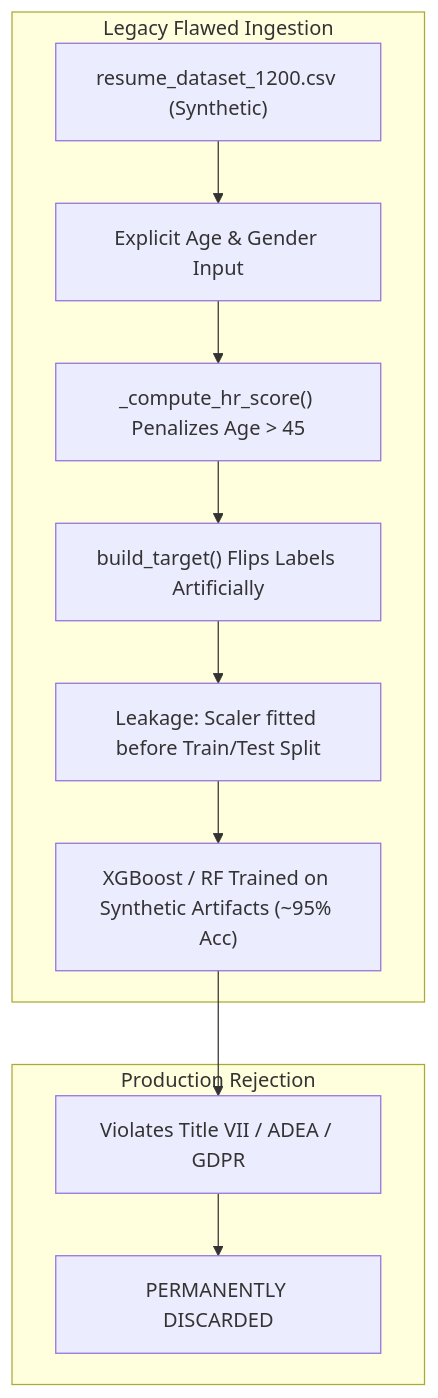
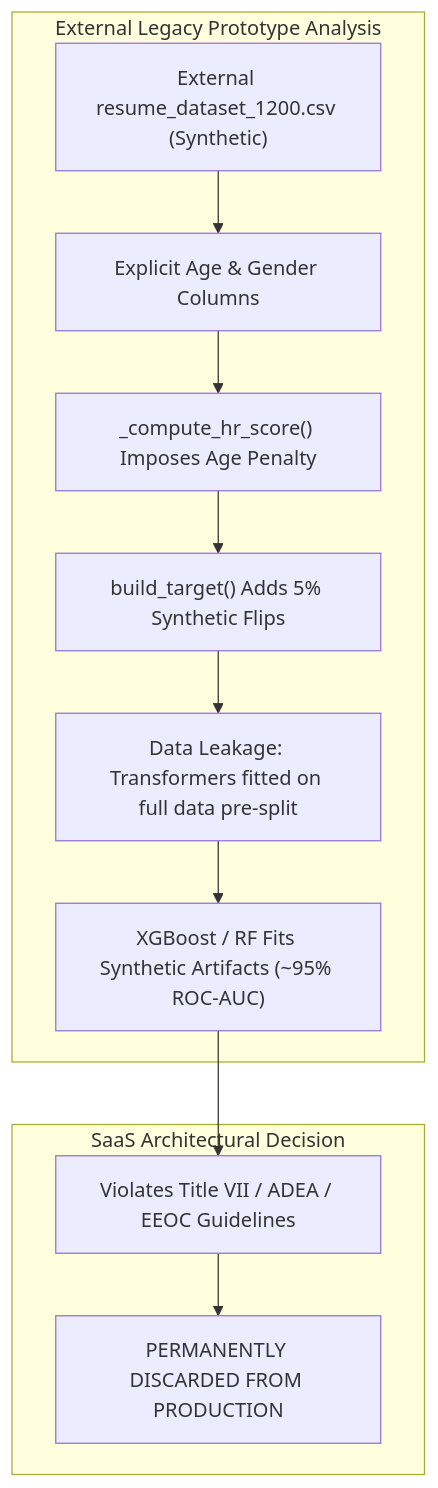
Before and after one commit to bhargavreddy03/AI_HR-version-2.0-: the first of 4 diagrams in docs/implementation/STEP_3_9_LEGACY_INTEGRATION_PREPARATION.md, drawn with Mermaid. The commit also changed other lines of this file, not shown here.

Commit message:
docs(step-3.9): correct legacy integration preparation document per review findings

````diff
--- a/docs/implementation/STEP_3_9_LEGACY_INTEGRATION_PREPARATION.md
+++ b/docs/implementation/STEP_3_9_LEGACY_INTEGRATION_PREPARATION.md
@@ -44,14 +58,14 @@
 ```mermaid
 flowchart TD
-    subgraph Legacy Flawed Ingestion
-        A["resume_dataset_1200.csv (Synthetic)"] --> B["Explicit Age & Gender Input"]
-        B --> C["_compute_hr_score() Penalizes Age > 45"]
-        C --> D["build_target() Flips Labels Artificially"]
-        D --> E["Leakage: Scaler fitted before Train/Test Split"]
-        E --> F["XGBoost / RF Trained on Synthetic Artifacts (~95% Acc)"]
+    subgraph External Legacy Prototype Analysis
+        A["External resume_dataset_1200.csv (Synthetic)"] --> B["Explicit Age & Gender Columns"]
+        B --> C["_compute_hr_score() Imposes Age Penalty"]
+        C --> D["build_target() Adds 5% Synthetic Flips"]
+        D --> E["Data Leakage: Transformers fitted on full data pre-split"]
+        E --> F["XGBoost / RF Fits Synthetic Artifacts (~95% ROC-AUC)"]
     end
-    subgraph Production Rejection
-        F --> G["Violates Title VII / ADEA / GDPR"]
-        G --> H["PERMANENTLY DISCARDED"]
+    subgraph SaaS Architectural Decision
+        F --> G["Violates Title VII / ADEA / EEOC Guidelines"]
+        G --> H["PERMANENTLY DISCARDED FROM PRODUCTION"]
     end
 ```
````
